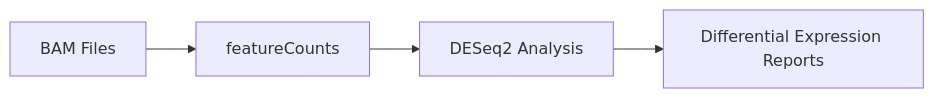
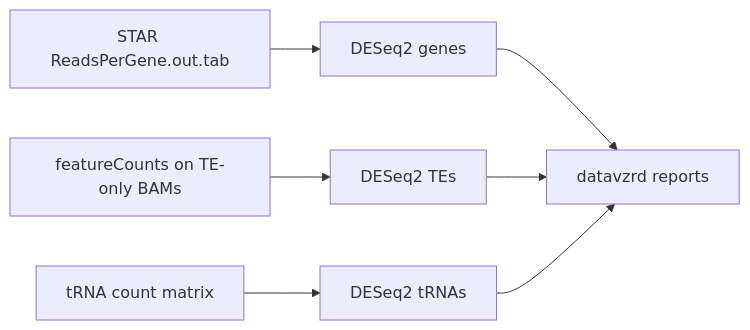
Before and after one commit to boulardlab/3t-seq: the diagram in docs/modules/quantification-de.md, drawn with Mermaid. The commit also changed other lines of this file and 1 other file, not shown here.

First line of the commit message:
docs(quantification-de): gene counts come from STAR, not featureCounts

````diff
--- a/docs/modules/quantification-de.md
+++ b/docs/modules/quantification-de.md
@@ -11,6 +11,9 @@
 ```mermaid
 graph LR
-    A[BAM Files] --> B[featureCounts]
-    B --> C[DESeq2 Analysis]
-    C --> D[Differential Expression Reports]
+    S[STAR ReadsPerGene.out.tab] --> G[DESeq2 genes]
+    F[featureCounts on TE-only BAMs] --> T[DESeq2 TEs]
+    C[tRNA count matrix] --> R[DESeq2 tRNAs]
+    G --> V[datavzrd reports]
+    T --> V
+    R --> V
 ```
````
